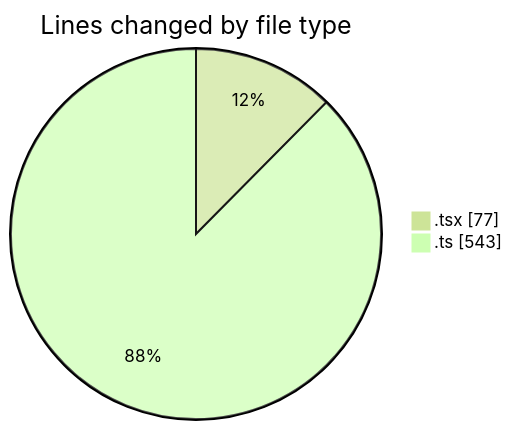
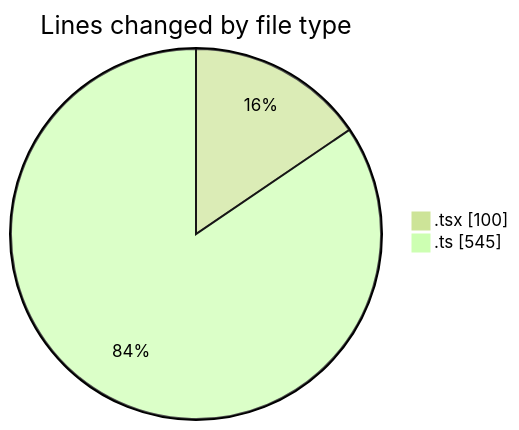
Before and after one commit to robertbonfada/code-tracking: the first of 2 diagrams in 2025-01-22/mbc-web/README.md, drawn with Mermaid (forest theme). The commit also changed other lines of this file and 1 other file, not shown here.

````diff
--- a/2025-01-22/mbc-web/README.md
+++ b/2025-01-22/mbc-web/README.md
@@ -23,6 +25,6 @@
 ```mermaid
 pie showData
 title Lines changed by file type
-".tsx" : 77
-".ts" : 543
+".tsx" : 100
+".ts" : 545
 ```
````
